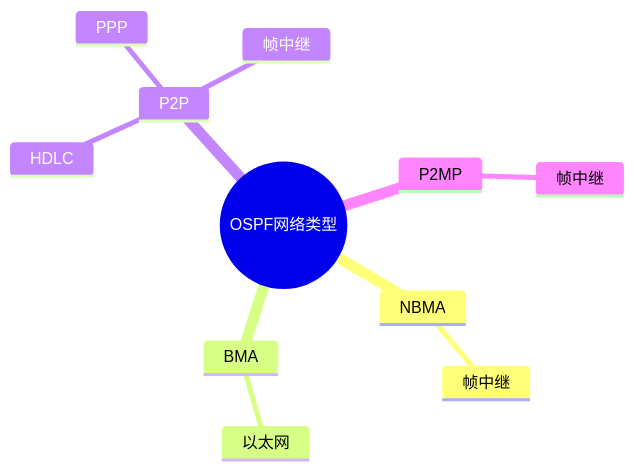
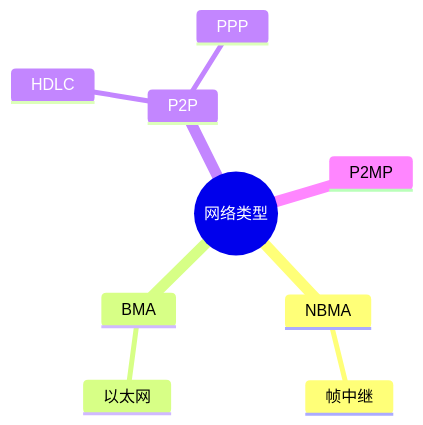
The diagram in 网络类型及数据链路层协议.md (hjm259775-a11y/IP), drawn with Mermaid before and after one commit. The commit also changed other lines of this file and 5 other files, not shown here.

````diff
--- a/网络类型及数据链路层协议.md
+++ b/网络类型及数据链路层协议.md
@@ -5,14 +5,12 @@
 ```mermaid
 mindmap
-  root((OSPF网络类型))
+  root((网络类型))
     NBMA
       帧中继
     BMA
       以太网
     P2P
       HDLC
       PPP
-      帧中继
     P2MP
-      帧中继
 ```
````
